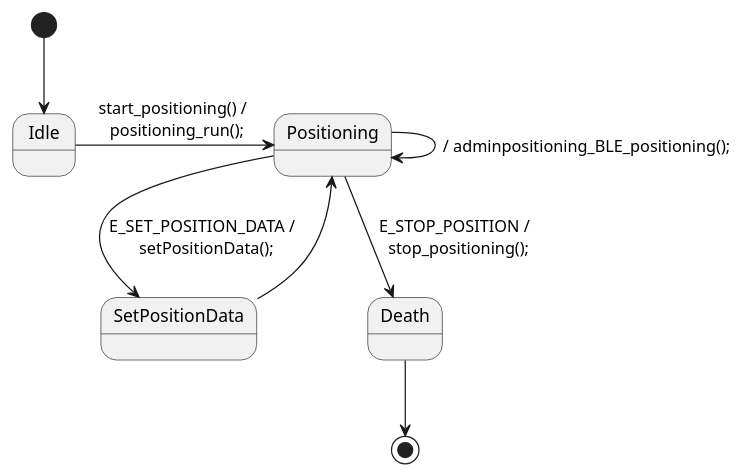
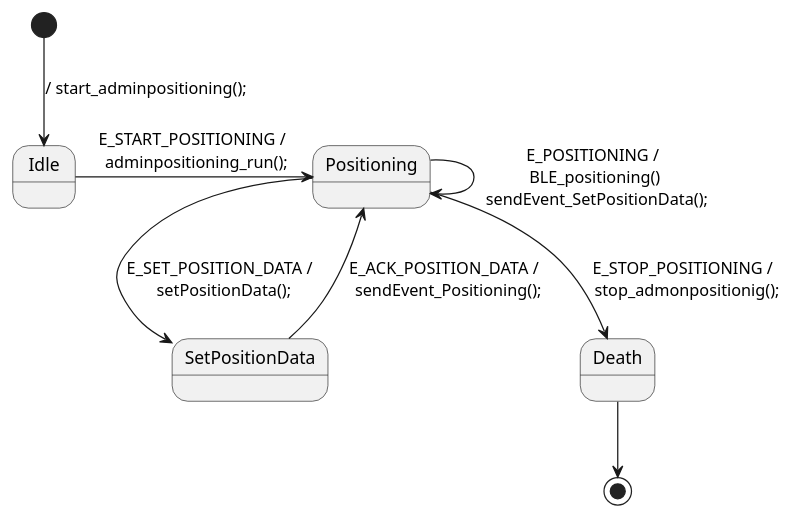
One commit to arnaudHin/PFE-ScoutBOT changed the diagram in Documentation/images/MAE/adminpositioning.puml. Above: the diagram before and after it, drawn with PlantUML. The commit also changed 12 other files, not shown here.

```diff
--- a/Documentation/images/MAE/adminpositioning.puml
+++ b/Documentation/images/MAE/adminpositioning.puml
@@ -2,13 +2,13 @@
 @startuml mapper
-[*] --> Idle
+[*] --> Idle : / start_adminpositioning();
 
-Idle -> Positioning : start_positioning() / \n positioning_run();
+Idle -> Positioning : E_START_POSITIONING / \n adminpositioning_run();
 
-Positioning -> Positioning : / adminpositioning_BLE_positioning();
+Positioning -> Positioning : E_POSITIONING / \n BLE_positioning() \n sendEvent_SetPositionData();
 Positioning -> SetPositionData : E_SET_POSITION_DATA / \n setPositionData();
-SetPositionData --> Positioning 
-Positioning --> Death : E_STOP_POSITION / \n stop_positioning();
+SetPositionData --> Positioning : E_ACK_POSITION_DATA / \n sendEvent_Positioning();
+Positioning --> Death : E_STOP_POSITIONING / \n stop_admonpositionig();
 
 Death --> [*]
 
 @enduml
```
